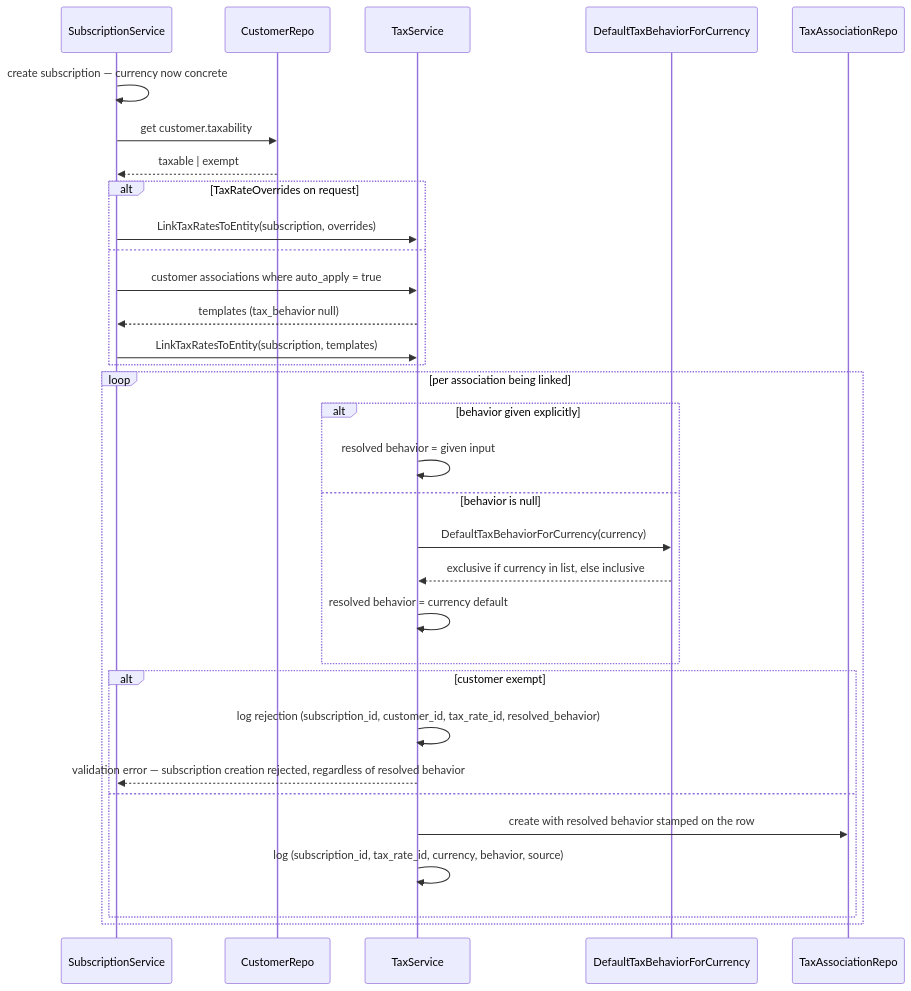
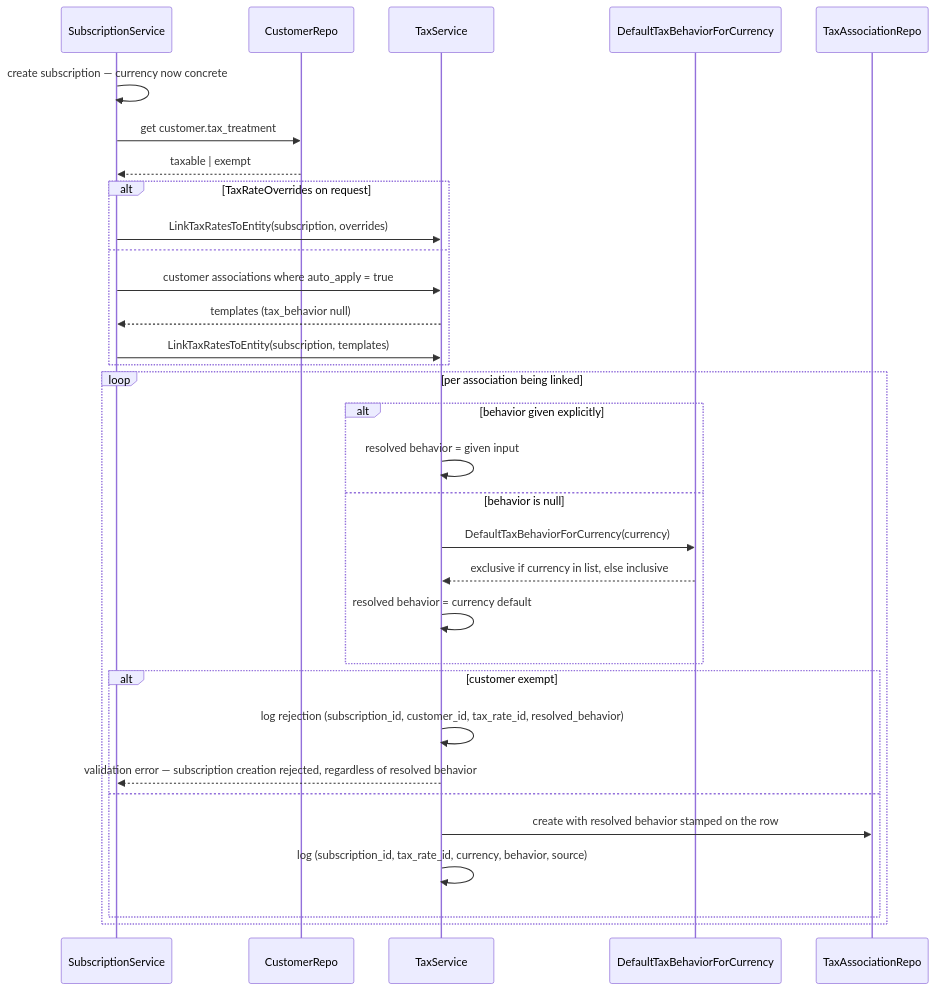
The second of 4 diagrams in docs/design/2026-08-17-FLE-1187-taxation-lineitem-inclusive.md (subratsahilgupta/flexprice), drawn with Mermaid before and after one commit. The commit also changed other lines of this file and 19 other files, not shown here.

Commit message:
refactor(customer): rename taxability to tax_treatment across the codebase, updating related methods, validation, and database schema

````diff
--- a/docs/design/2026-08-17-FLE-1187-taxation-lineitem-inclusive.md
+++ b/docs/design/2026-08-17-FLE-1187-taxation-lineitem-inclusive.md
@@ -282,38 +282,38 @@
 ```mermaid
 sequenceDiagram
     participant SS as SubscriptionService
     participant CR as CustomerRepo
     participant TS as TaxService
     participant TY as DefaultTaxBehaviorForCurrency
     participant DB as TaxAssociationRepo
 
     SS->>SS: create subscription — currency now concrete
-    SS->>CR: get customer.taxability
+    SS->>CR: get customer.tax_treatment
     CR-->>SS: taxable | exempt
 
     alt TaxRateOverrides on request
         SS->>TS: LinkTaxRatesToEntity(subscription, overrides)
     else
         SS->>TS: customer associations where auto_apply = true
         TS-->>SS: templates (tax_behavior null)
         SS->>TS: LinkTaxRatesToEntity(subscription, templates)
     end
 
     loop per association being linked
         alt behavior given explicitly
             TS->>TS: resolved behavior = given input
         else behavior is null
             TS->>TY: DefaultTaxBehaviorForCurrency(currency)
             TY-->>TS: exclusive if currency in list, else inclusive
             TS->>TS: resolved behavior = currency default
         end
 
         alt customer exempt
             TS->>TS: log rejection (subscription_id, customer_id, tax_rate_id, resolved_behavior)
             TS-->>SS: validation error — subscription creation rejected, regardless of resolved behavior
         else
             TS->>DB: create with resolved behavior stamped on the row
             TS->>TS: log (subscription_id, tax_rate_id, currency, behavior, source)
         end
     end
 ```
````
